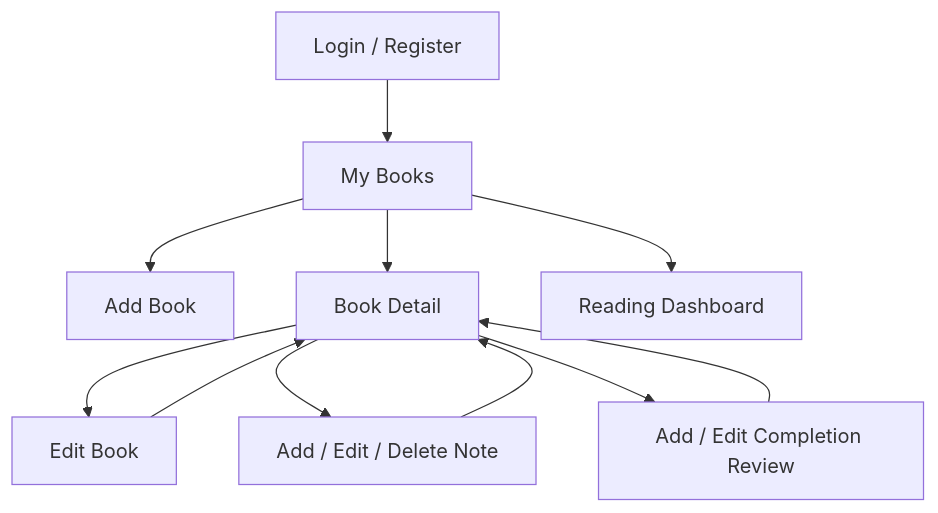
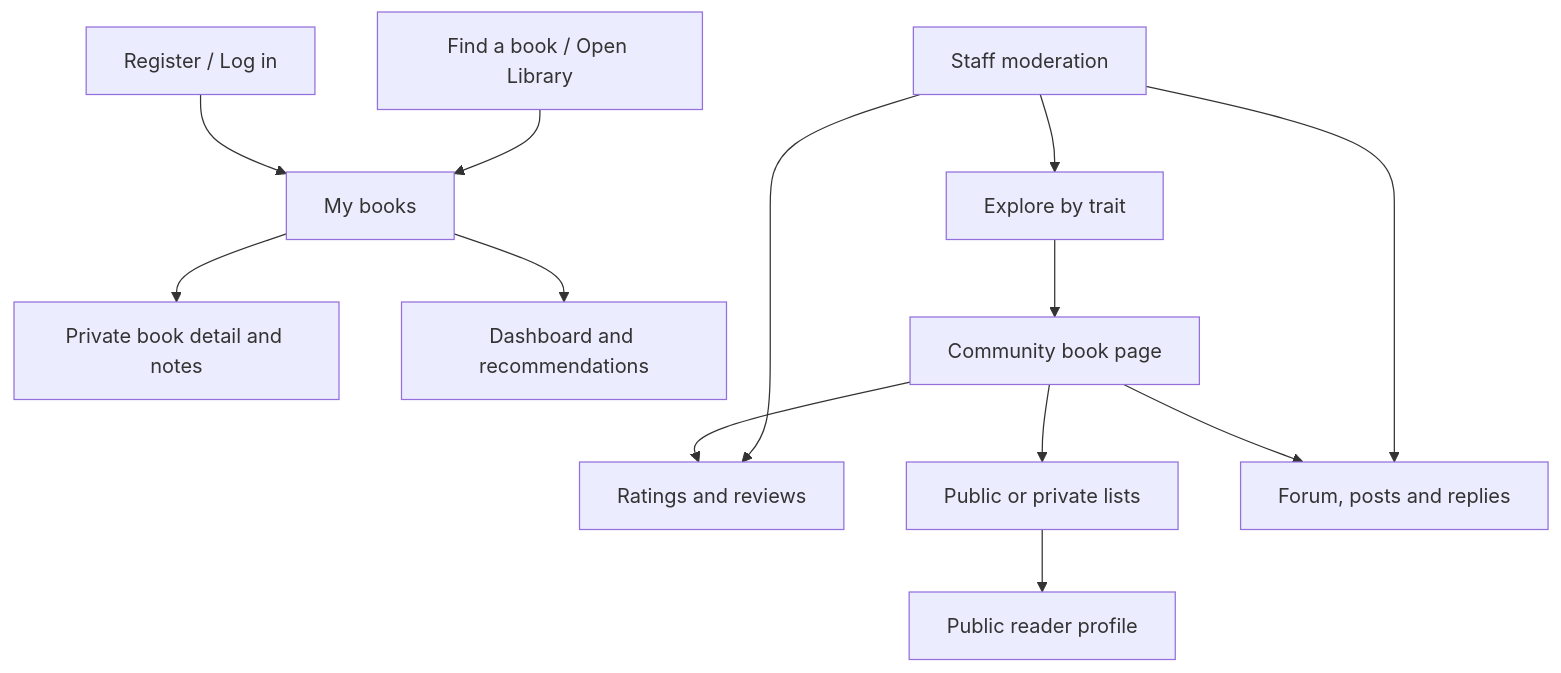
The diagram in docs/design/interface-design.md (unvde/CP3407-Assessment), drawn with Mermaid before and after one commit. The commit also changed other lines of this file and 57 other files, not shown here.

````diff
--- a/docs/design/interface-design.md
+++ b/docs/design/interface-design.md
@@ -25,13 +5,15 @@
 ```mermaid
 flowchart TD
-    Login[Login / Register] --> List[My Books]
-    List --> Add[Add Book]
-    List --> Detail[Book Detail]
-    List --> Dashboard[Reading Dashboard]
-    Detail --> Edit[Edit Book]
-    Detail --> Note[Add / Edit / Delete Note]
-    Detail --> Review[Add / Edit Completion Review]
-    Edit --> Detail
-    Note --> Detail
-    Review --> Detail
+    Account[Register / Log in] --> Shelf[My books]
+    Shelf --> Detail[Private book detail and notes]
+    Shelf --> Dashboard[Dashboard and recommendations]
+    Search[Find a book / Open Library] --> Shelf
+    Explore[Explore by trait] --> PublicBook[Community book page]
+    PublicBook --> Reviews[Ratings and reviews]
+    PublicBook --> Lists[Public or private lists]
+    PublicBook --> Forum[Forum, posts and replies]
+    Lists --> Profile[Public reader profile]
+    Staff[Staff moderation] --> Reviews
+    Staff --> Forum
+    Staff --> Explore
 ```
````
